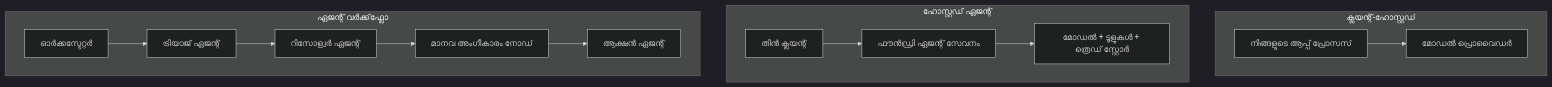
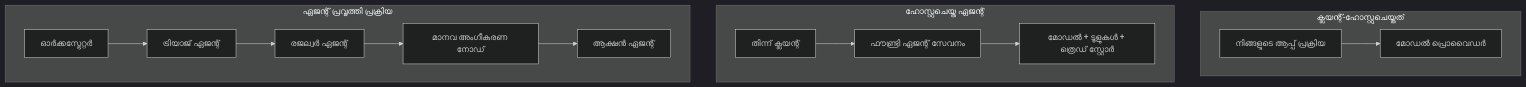
One commit to microsoft/ai-agents-for-beginners changed the first of 4 diagrams in translations/ml/16-deploying-scalable-agents/README.md. Above: the diagram before and after it, drawn with Mermaid (dark theme). The commit also changed other lines of this file and 43 other files, not shown here.

````diff
--- a/translations/ml/16-deploying-scalable-agents/README.md
+++ b/translations/ml/16-deploying-scalable-agents/README.md
@@ -87,16 +87,16 @@
 ```mermaid
 flowchart TB
-    subgraph P1[ക്ലയന്റ്-ഹോസ്റ്റഡ്]
-        A1[നിങ്ങളുടെ ആപ്പ് പ്രോസസ്] --> M1[മോഡൽ പ്രൊവൈഡർ]
+    subgraph P1[ക്ലയന്റ്-ഹോസ്റ്റുചെയ്തത്]
+        A1[നിങ്ങളുടെ ആപ്പ് പ്രക്രിയ] --> M1[മോഡൽ പ്രൊവൈഡർ]
     end
-    subgraph P2[ഹോസ്റ്റഡ് ഏജന്റ്]
-        A2[തിൻ ക്ലയന്റ്] --> F2[ഫൗൻഡ്രി ഏജന്റ് സേവനം]
+    subgraph P2[ഹോസ്റ്റുചെയ്ത ഏജന്റ്]
+        A2[തിന്ന് ക്ലയന്റ്] --> F2[ഫൗണ്ട്രി ഏജന്റ് സേവനം]
         F2 --> M2[മോഡൽ + ടൂളുകൾ + ത്രെഡ് സ്റ്റോർ]
     end
-    subgraph P3[ഏജന്റ് വർക്ക്‌ഫ്ലോ]
-        A3[ഓർക്കസ്ടേറ്റർ] --> S1[ട്രിയാജ് ഏജന്റ്]
-        S1 --> S2[റിസോള്വർ ഏജന്റ്]
-        S2 --> H[മാനവ അംഗീകാരം നോഡ്]
+    subgraph P3[ഏജന്റ് പ്രവൃത്തി പ്രക്രിയ]
+        A3[ഓർക്കസ്ട്രേറ്റർ] --> S1[ട്രിയാജ് ഏജന്റ്]
+        S1 --> S2[രജല്വർ ഏജന്റ്]
+        S2 --> H[മാനവ അംഗീകരണ നോഡ്]
         H --> S3[ആക്ഷൻ ഏജന്റ്]
     end
 ```
````
